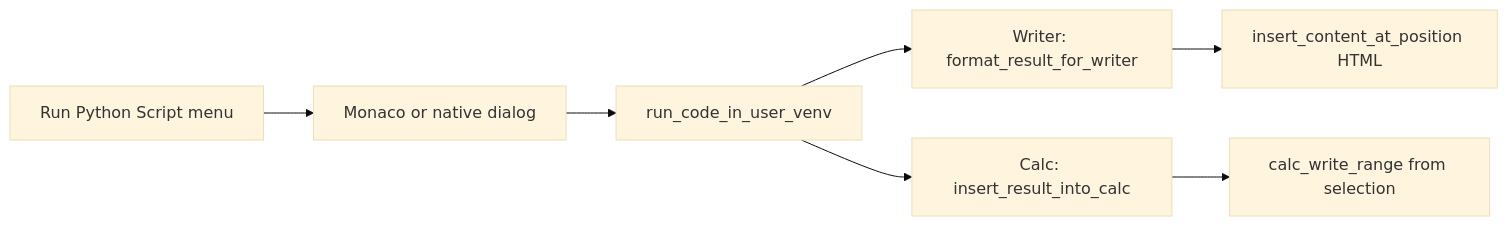
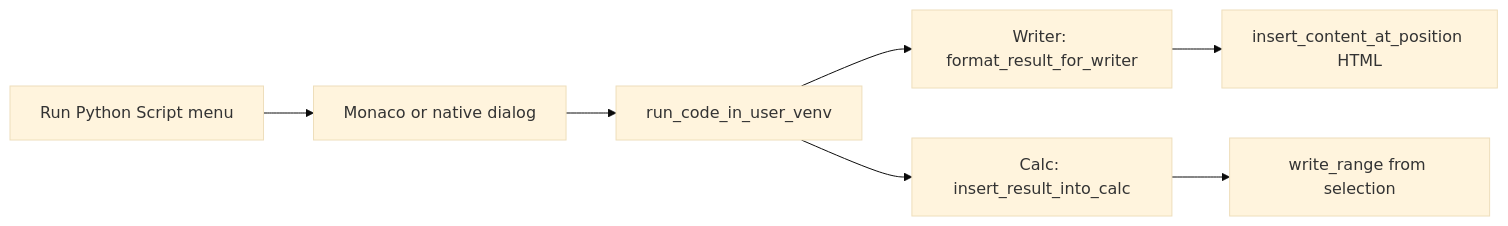
The fourth of 9 diagrams in docs/scripting/librepy-split.md (KeithCu/writeragent), drawn with Mermaid (base theme) before and after one commit. The commit also changed other lines of this file and 245 other files, not shown here.

````diff
--- a/docs/scripting/librepy-split.md
+++ b/docs/scripting/librepy-split.md
@@ -330,13 +330,13 @@
 ```mermaid
 flowchart LR
   menu[Run Python Script menu]
   dlg[Monaco or native dialog]
   venv[run_code_in_user_venv]
   w[Writer: format_result_for_writer]
   insW[insert_content_at_position HTML]
   c[Calc: insert_result_into_calc]
-  insC[calc_write_range from selection]
+  insC[write_range from selection]
   menu --> dlg --> venv
   venv --> w --> insW
   venv --> c --> insC
 ```
````
